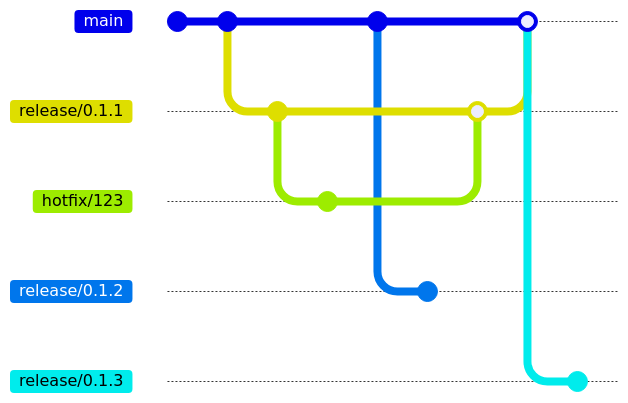
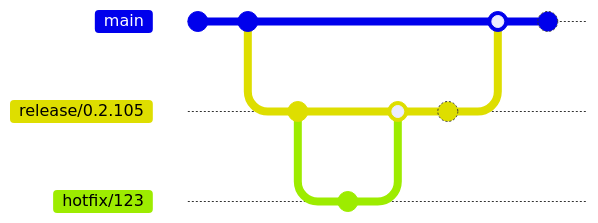
Before and after one commit to lsc-sde/lsc-sde: the second of 2 diagrams in docs/Developer-Guide/IAC/GitOps-Flow.md, drawn with Mermaid. The commit also changed other lines of this file, not shown here. Commit ids are hidden.

````diff
--- a/docs/Developer-Guide/IAC/GitOps-Flow.md
+++ b/docs/Developer-Guide/IAC/GitOps-Flow.md
@@ -113,26 +133,20 @@
 ```mermaid
 gitGraph LR:
     commit
     commit
-    branch release/0.1.1
-    checkout release/0.1.1
+    branch release/0.2.105
+    checkout release/0.2.105
     commit id: "Release"
     
     branch hotfix/123
     checkout hotfix/123
     commit id: "Hot Fix"
-    checkout main
-    commit
-    branch release/0.1.2
-    checkout release/0.1.2
-    commit id: "push"
 
-    checkout hotfix/123
-    checkout release/0.1.1
+    switch release/0.2.105
     merge hotfix/123
-    checkout main
-    merge release/0.1.1
-    branch release/0.1.3
-    checkout release/0.1.3
-    commit
+    commit id: "PR to release branch"
+
+    switch main
+    merge release/0.2.105
+    commit id: "PR to main branch"
 ```
````
